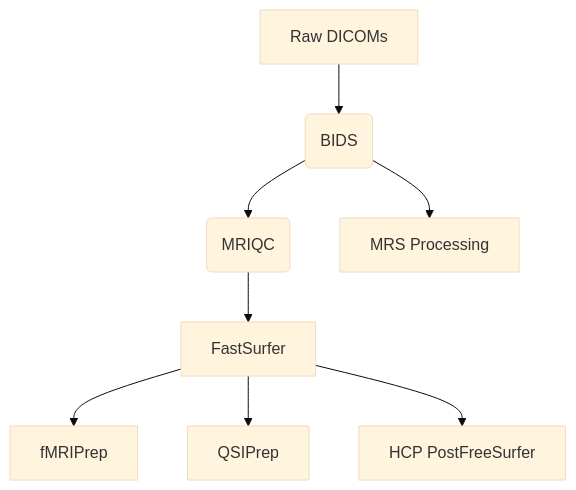
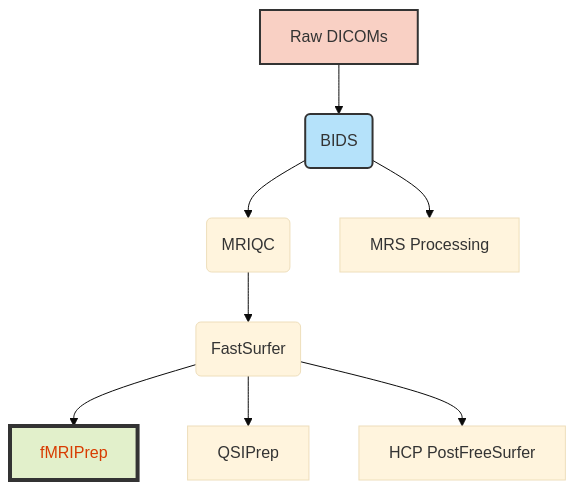
Before and after one commit to Daniel-Halls/mindquad: the diagram in README.md, drawn with Mermaid (base theme).

````diff
--- a/README.md
+++ b/README.md
@@ -9,10 +9,14 @@
 ```mermaid
 graph TD
     A[Raw DICOMs] --> B(BIDS)
     B -->C(MRIQC)
     B --> H[MRS Processing]
-    C -->D[FastSurfer]
+    C -->D(FastSurfer)
     D -->E[fMRIPrep]
     D -->F[QSIPrep]    
     D --> G[HCP PostFreeSurfer]
+
+    style A fill:#f9d0c4,stroke:#333,stroke-width:2px
+    style B fill:#b5e2fa,stroke:#333,stroke-width:2px
+    style E fill:#e2f0cb,stroke:#333,stroke-width:4px,color:#d83b01
 ```
````
